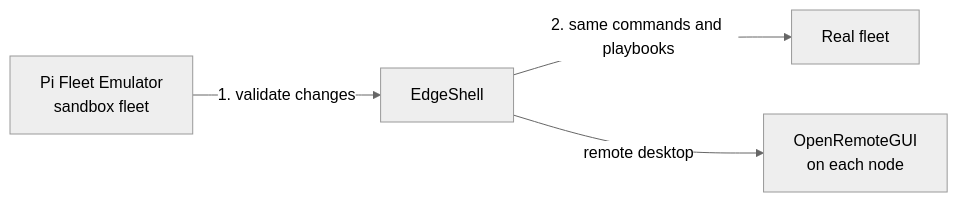
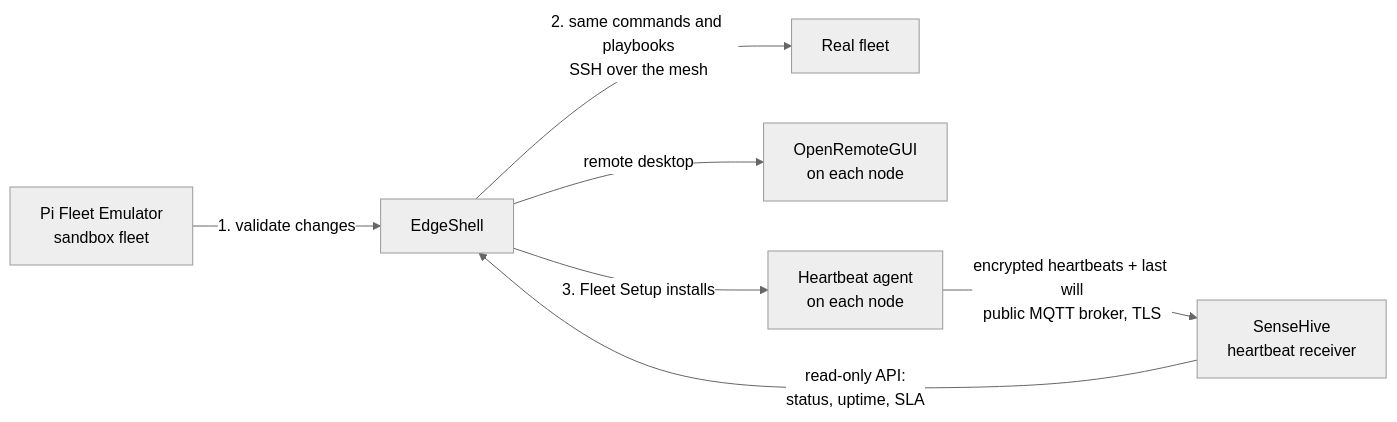
One commit to 855princekumar/edgeshell changed the first of 4 diagrams in README.md. Above: the diagram before and after it, drawn with Mermaid (neutral theme). The commit also changed other lines of this file and 12 other files, not shown here.

First line of the commit message:
1.9.2: SenseHive 1.4.1 in the stack, the whole system in the architecture docs (#43)

````diff
--- a/README.md
+++ b/README.md
@@ -141,6 +143,9 @@
 ```mermaid
 flowchart LR
     PFE[Pi Fleet Emulator<br/>sandbox fleet] -- "1. validate changes" --> ES[EdgeShell]
-    ES -- "2. same commands and playbooks" --> REAL[Real fleet]
+    ES -- "2. same commands and playbooks<br/>SSH over the mesh" --> REAL[Real fleet]
     ES -- "remote desktop" --> ORG[OpenRemoteGUI<br/>on each node]
+    ES -- "3. Fleet Setup installs" --> HB[Heartbeat agent<br/>on each node]
+    HB -- "encrypted heartbeats + last will<br/>public MQTT broker, TLS" --> SH[SenseHive<br/>heartbeat receiver]
+    SH -- "read-only API:<br/>status, uptime, SLA" --> ES
 ```
````
